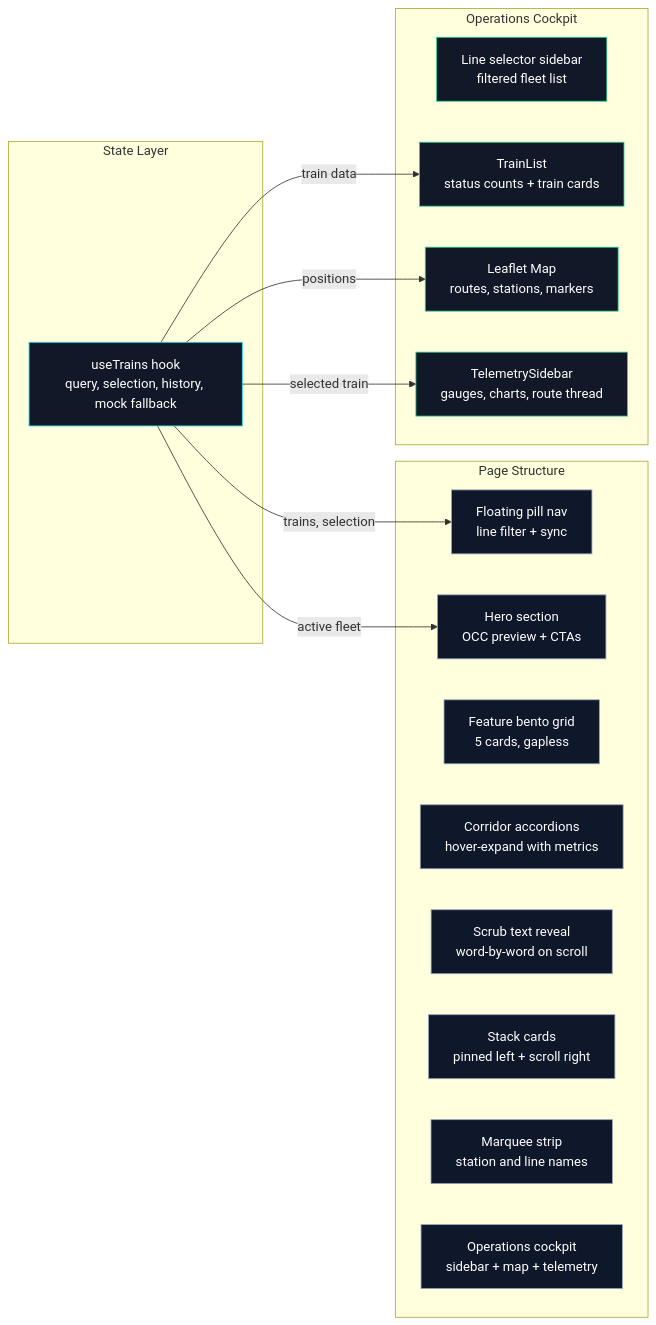
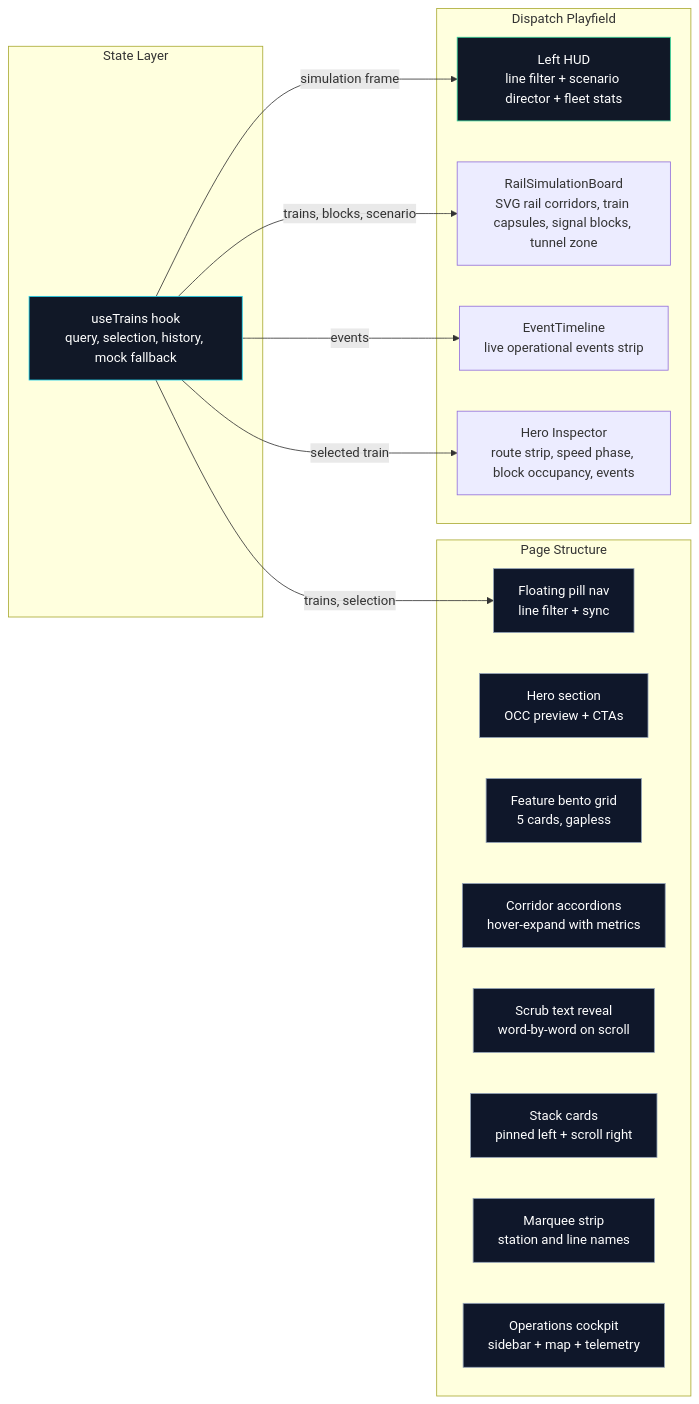
Before and after one commit to AngelP17/rail: the fourth of 6 diagrams in hmax-lite/docs/architecture.md, drawn with Mermaid. The commit also changed other lines of this file and 39 other files, not shown here.

````diff
--- a/hmax-lite/docs/architecture.md
+++ b/hmax-lite/docs/architecture.md
@@ -154,37 +156,37 @@
 ```mermaid
 flowchart LR
     subgraph Data["State Layer"]
         Hook["useTrains hook\nquery, selection, history, mock fallback"]
     end
 
     subgraph Page["Page Structure"]
         Nav["Floating pill nav\nline filter + sync"]
         Hero["Hero section\nOCC preview + CTAs"]
         Bento["Feature bento grid\n5 cards, gapless"]
         Accordion["Corridor accordions\nhover-expand with metrics"]
         Scrub["Scrub text reveal\nword-by-word on scroll"]
         Stack["Stack cards\npinned left + scroll right"]
         Marquee["Marquee strip\nstation and line names"]
         Ops["Operations cockpit\nsidebar + map + telemetry"]
     end
 
-    subgraph Cockpit["Operations Cockpit"]
-        Sidebar["Line selector sidebar\nfiltered fleet list"]
-        Fleet["TrainList\nstatus counts + train cards"]
-        MapComp["Leaflet Map\nroutes, stations, markers"]
-        Telemetry["TelemetrySidebar\ngauges, charts, route thread"]
+    subgraph Cockpit["Dispatch Playfield"]
+        Sidebar["Left HUD\nline filter + scenario director + fleet stats"]
+        Board["RailSimulationBoard\nSVG rail corridors, train capsules, signal blocks, tunnel zone"]
+        Events["EventTimeline\nlive operational events strip"]
+        Inspector["Hero Inspector\nroute strip, speed phase, block occupancy, events"]
     end
 
     Hook -->|"trains, selection"| Nav
-    Hook -->|"active fleet"| Hero
-    Hook -->|"train data"| Fleet
-    Hook -->|"positions"| MapComp
-    Hook -->|"selected train"| Telemetry
+    Hook -->|"simulation frame"| Sidebar
+    Hook -->|"trains, blocks, scenario"| Board
+    Hook -->|"events"| Events
+    Hook -->|"selected train"| Inspector
 
     classDef state fill:#111827,stroke:#22d3ee,color:#fff
     classDef page fill:#0f172a,stroke:#94a3b8,color:#fff
     classDef ops fill:#111827,stroke:#34d399,color:#fff
     class Hook state
     class Nav,Hero,Bento,Accordion,Scrub,Stack,Marquee,Ops page
     class Sidebar,Fleet,MapComp,Telemetry ops
 ```
````
